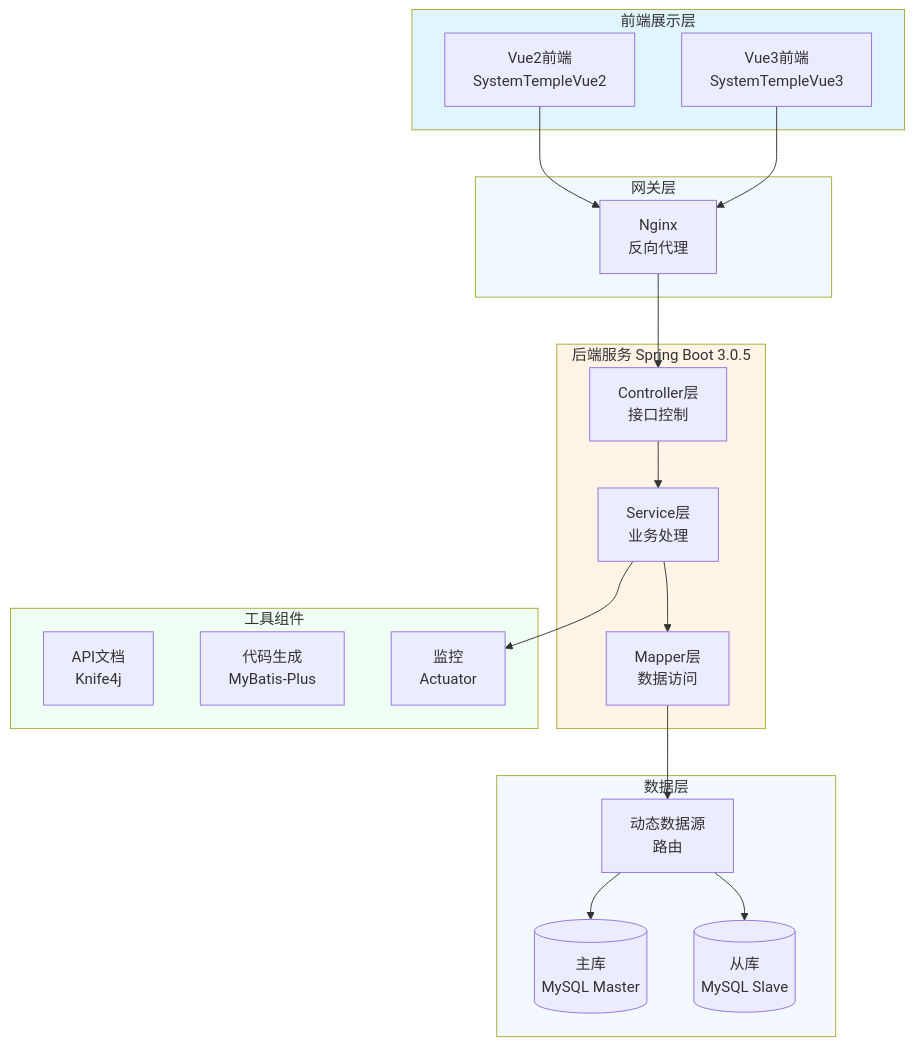
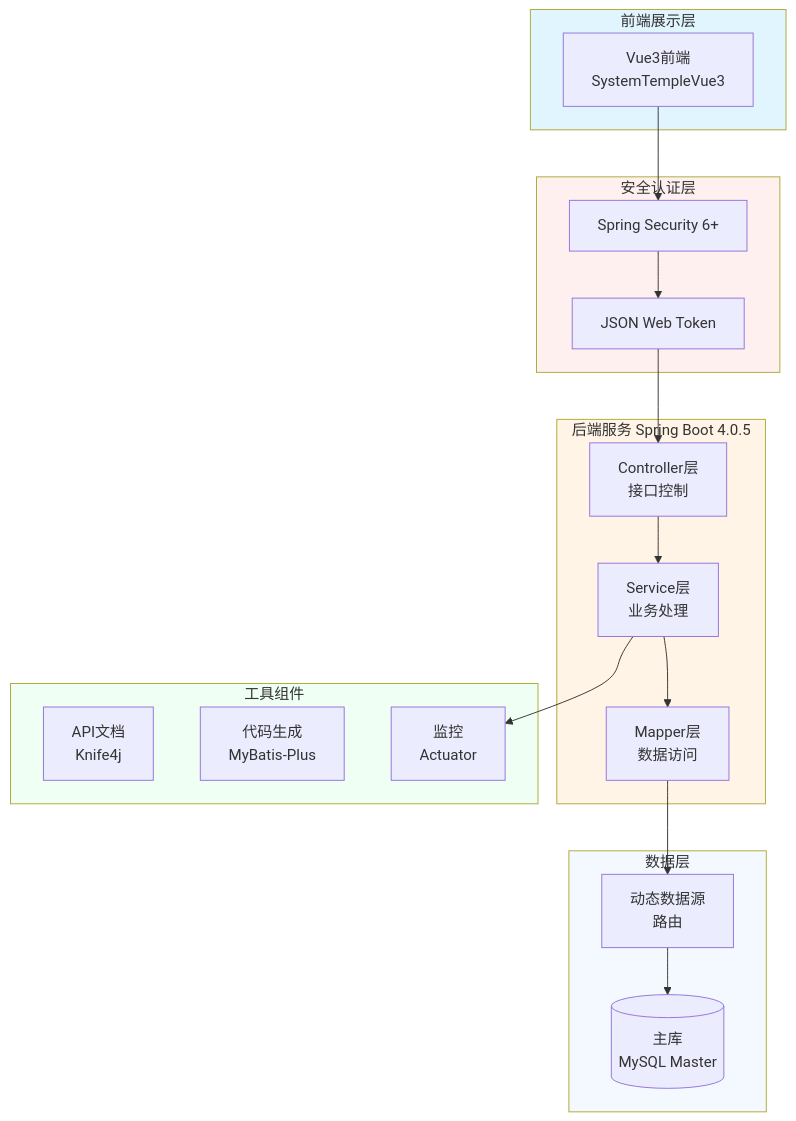
The diagram in README.md (junwOpenSourceProjects/JOSP-SystemTempleJava), drawn with Mermaid before and after one commit. The commit also changed other lines of this file and 2 other files, not shown here.

````diff
--- a/README.md
+++ b/README.md
@@ -77,46 +65,44 @@
 ```mermaid
 graph TB
     subgraph Frontend[前端展示层]
-        Vue2[Vue2前端<br/>SystemTempleVue2]
         Vue3[Vue3前端<br/>SystemTempleVue3]
     end
     
-    subgraph Gateway[网关层]
-        Nginx[Nginx<br/>反向代理]
+    subgraph Security[安全认证层]
+        SpringSecurity[Spring Security 6+]
+        JWT[JSON Web Token]
     end
     
-    subgraph Backend[后端服务 Spring Boot 3.0.5]
+    subgraph Backend[后端服务 Spring Boot 4.0.5]
         Controller[Controller层<br/>接口控制]
         Service[Service层<br/>业务处理]
         Mapper[Mapper层<br/>数据访问]
         
         Controller --> Service
         Service --> Mapper
     end
     
     subgraph Database[数据层]
         Master[(主库<br/>MySQL Master)]
-        Slave[(从库<br/>MySQL Slave)]
         DynamicDS[动态数据源<br/>路由]
     end
     
     subgraph Tools[工具组件]
         Knife4j[API文档<br/>Knife4j]
         Generator[代码生成<br/>MyBatis-Plus]
         Monitor[监控<br/>Actuator]
     end
     
-    Vue2 --> Nginx
-    Vue3 --> Nginx
-    Nginx --> Controller
+    Vue3 --> SpringSecurity
+    SpringSecurity --> JWT
+    JWT --> Controller
     DynamicDS --> Master
-    DynamicDS --> Slave
     Mapper --> DynamicDS
     Service --> Monitor
     
     style Frontend fill:#e1f5ff
-    style Gateway fill:#f0f9ff
+    style Security fill:#fff0f0
     style Backend fill:#fff4e6
     style Database fill:#f3f9ff
     style Tools fill:#f0fff4
 ```
````
